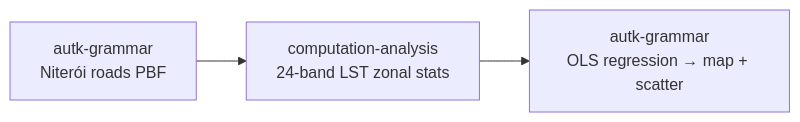
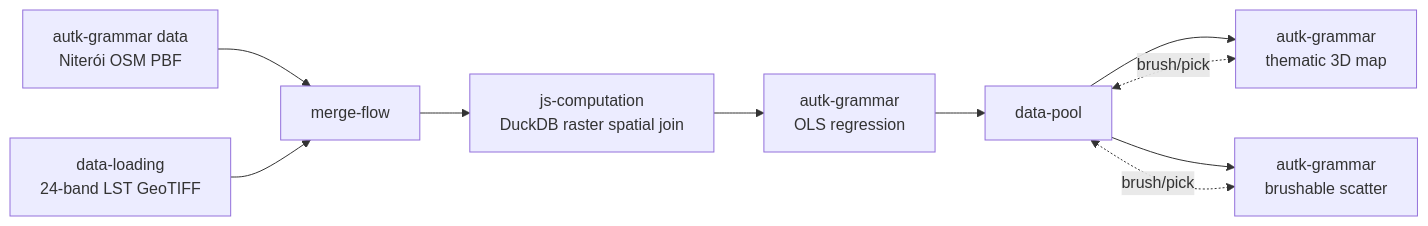
One commit to urban-toolkit/curio changed the diagram in docs/examples/08-autark-spatial-join-regression.md. Above: the diagram before and after it, drawn with Mermaid. The commit also changed other lines of this file and 3 other files, not shown here.

Commit message:
Fixes Merge Flow emitting before its inputs are ready, feeding downstream code nodes null/garbage input

````diff
--- a/docs/examples/08-autark-spatial-join-regression.md
+++ b/docs/examples/08-autark-spatial-join-regression.md
@@ -25,5 +25,12 @@
 ```mermaid
 flowchart LR
-  OSM[autk-grammar<br/>Niterói roads PBF] --> LST[computation-analysis<br/>24-band LST zonal stats]
-  LST --> OLS[autk-grammar<br/>OLS regression → map + scatter]
+  OSM[autk-grammar data<br/>Niterói OSM PBF] --> MERGE[merge-flow]
+  RASTER[data-loading<br/>24-band LST GeoTIFF] --> MERGE
+  MERGE --> JOIN[js-computation<br/>DuckDB raster spatial join]
+  JOIN --> OLS[autk-grammar<br/>OLS regression]
+  OLS --> POOL[data-pool]
+  POOL --> MAP[autk-grammar<br/>thematic 3D map]
+  POOL --> PLOT[autk-grammar<br/>brushable scatter]
+  POOL <-. brush/pick .-> MAP
+  POOL <-. brush/pick .-> PLOT
 ```
````
